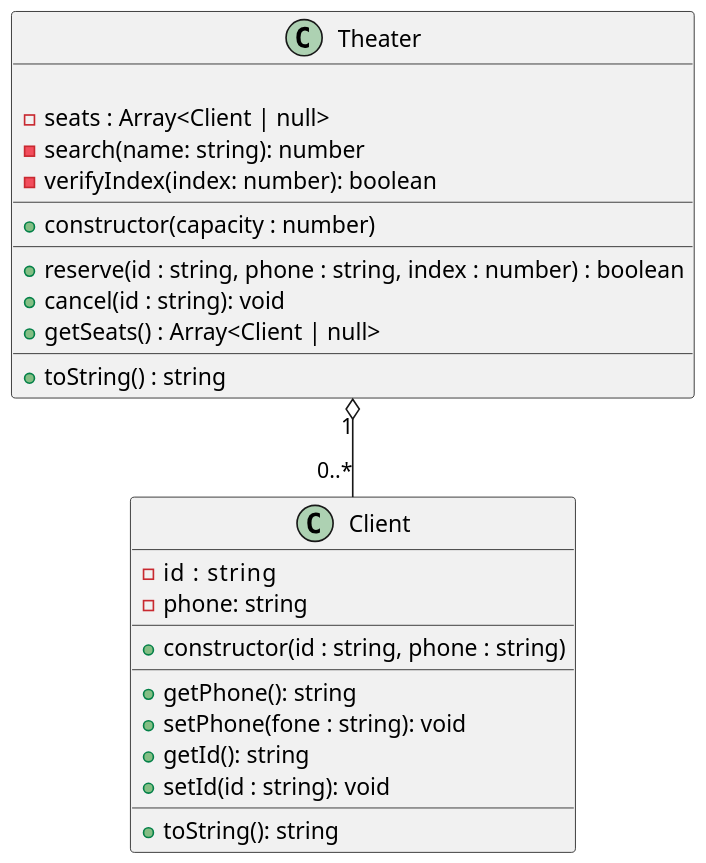
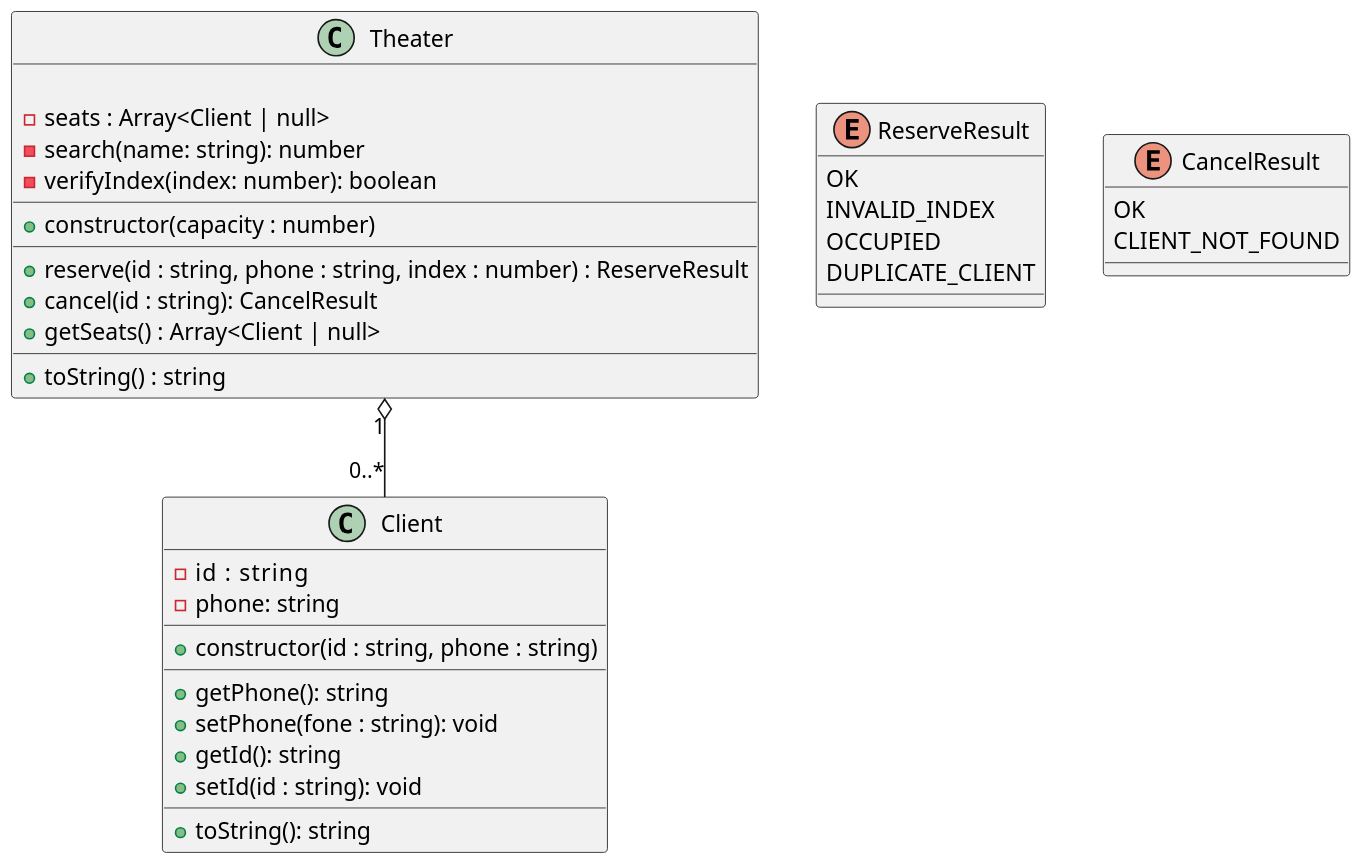
One commit to qxcodepoo/arcade changed the diagram in labs/cinema/assets/diagrama.puml. Above: the diagram before and after it, drawn with PlantUML. The commit also changed 4 other files, not shown here.

```diff
--- a/labs/cinema/assets/diagrama.puml
+++ b/labs/cinema/assets/diagrama.puml
@@ -2,38 +2,50 @@
 @startuml
 
 skinparam defaultFontName "Source Code Pro"
 skinparam dpi 150
 
 
 class Client {
   - id   : string
   - phone: string
   __
   + constructor(id : string, phone : string)
   __
   + getPhone(): string
   + setPhone(fone : string): void
   + getId(): string
   + setId(id : string): void
   __
   + toString(): string
 }
 
+enum ReserveResult {
+  OK
+  INVALID_INDEX
+  OCCUPIED
+  DUPLICATE_CLIENT
+}
+
+enum CancelResult {
+  OK
+  CLIENT_NOT_FOUND
+}
+
 class Theater {
   
   - seats : Array<Client | null>
   - search(name: string): number  
   - verifyIndex(index: number): boolean
   __
   + constructor(capacity : number)  
   __
-  + reserve(id : string, phone : string, index : number) : boolean
-  + cancel(id : string): void
+  + reserve(id : string, phone : string, index : number) : ReserveResult
+  + cancel(id : string): CancelResult
   + getSeats() : Array<Client | null>
   __
   + toString() : string
 }
 
 
 Theater "1" o-- "0..*" Client
 @enduml
```
